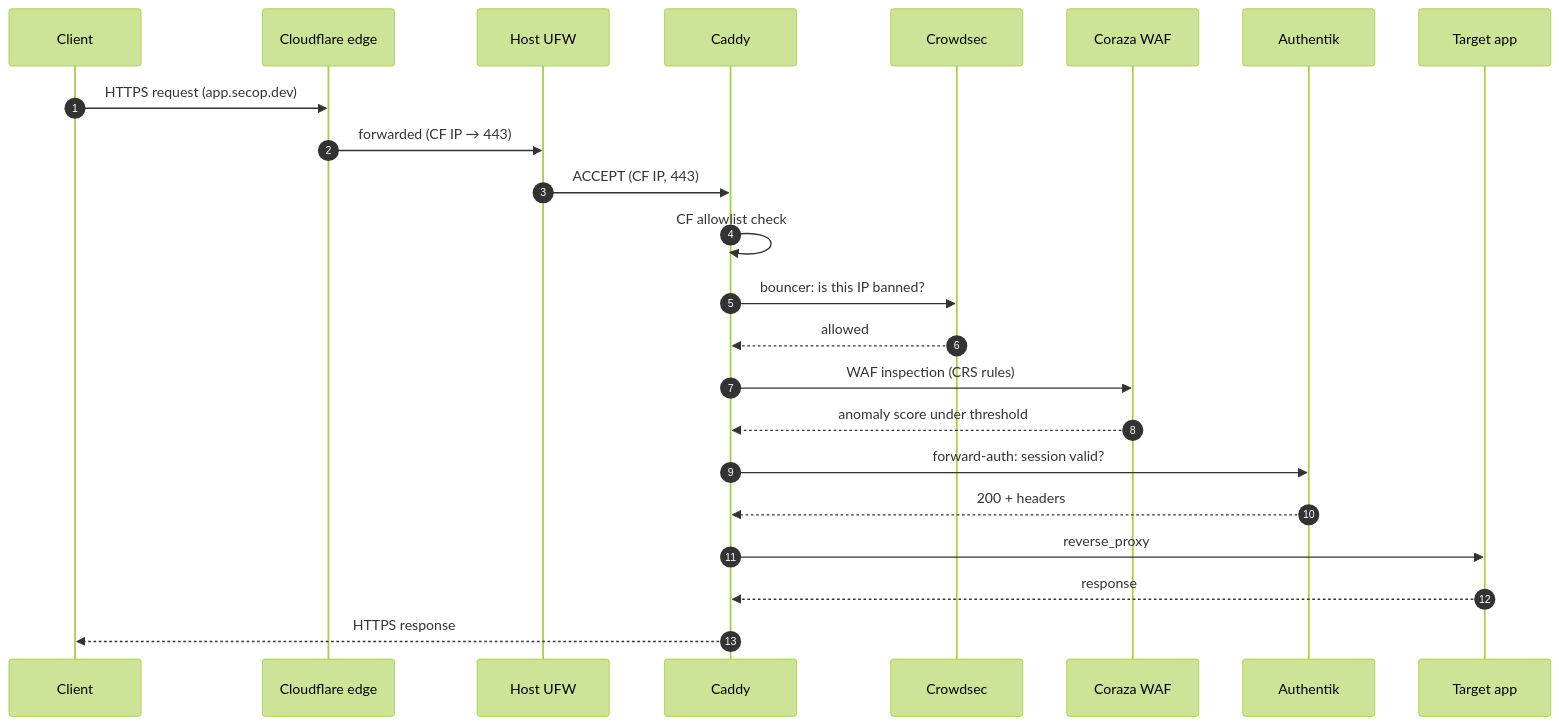
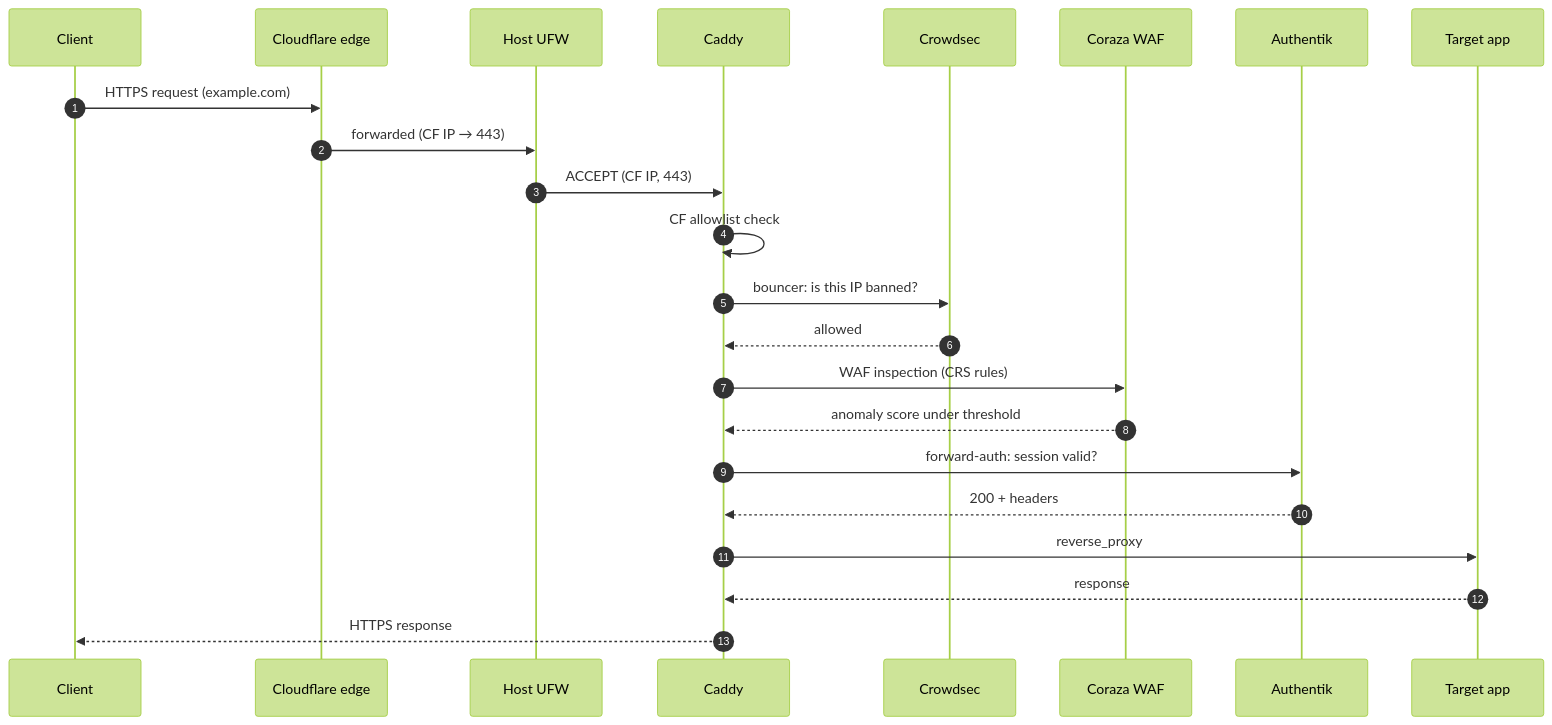
One commit to secopdotdev/OpeNirvana changed the second of 5 diagrams in README.md. Above: the diagram before and after it, drawn with Mermaid (forest theme). The commit also changed other lines of this file and 131 other files, not shown here.

````diff
--- a/README.md
+++ b/README.md
@@ -100,25 +100,25 @@
 ```mermaid
 sequenceDiagram
     autonumber
     participant C as Client
     participant CF as Cloudflare edge
     participant UFW as Host UFW
     participant CAD as Caddy
     participant CS as Crowdsec
     participant CRZ as Coraza WAF
     participant AK as Authentik
     participant APP as Target app
-    C->>CF: HTTPS request (app.secop.dev)
+    C->>CF: HTTPS request (example.com)
     CF->>UFW: forwarded (CF IP → 443)
     UFW->>CAD: ACCEPT (CF IP, 443)
     CAD->>CAD: CF allowlist check
     CAD->>CS: bouncer: is this IP banned?
     CS-->>CAD: allowed
     CAD->>CRZ: WAF inspection (CRS rules)
     CRZ-->>CAD: anomaly score under threshold
     CAD->>AK: forward-auth: session valid?
     AK-->>CAD: 200 + headers
     CAD->>APP: reverse_proxy
     APP-->>CAD: response
     CAD-->>C: HTTPS response
 ```
````
